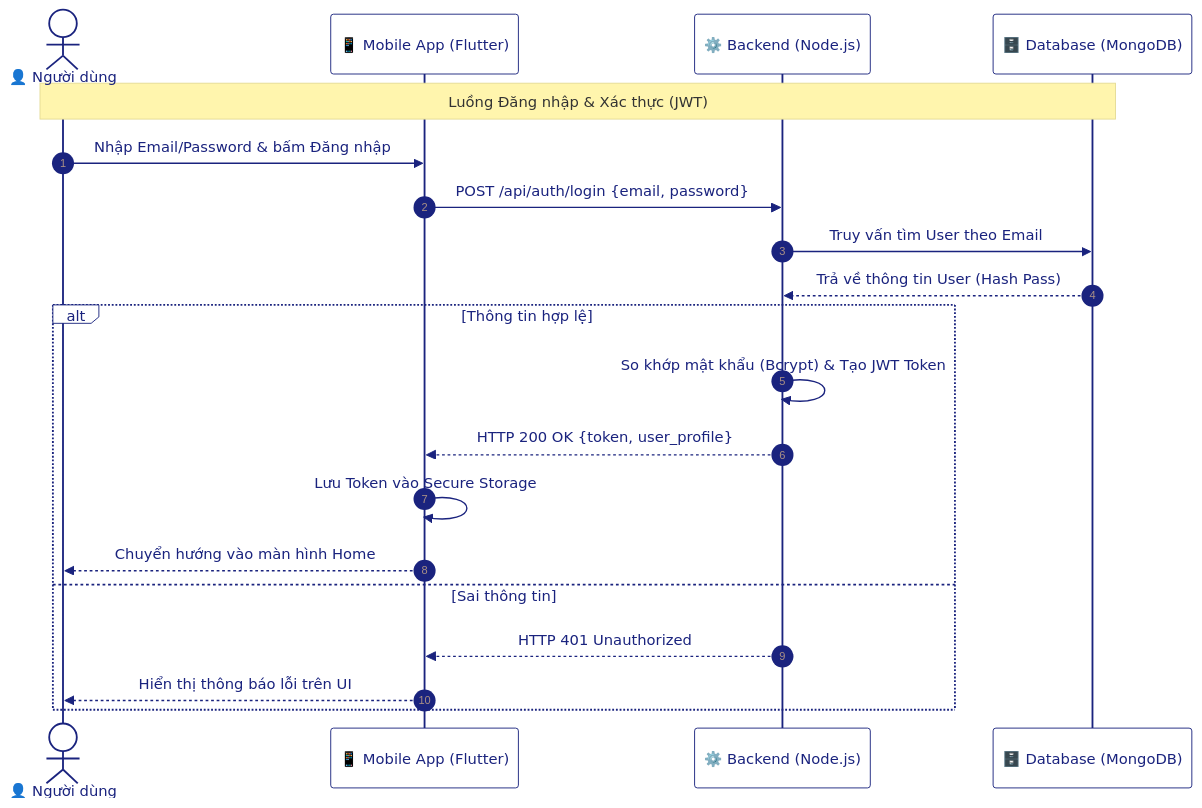
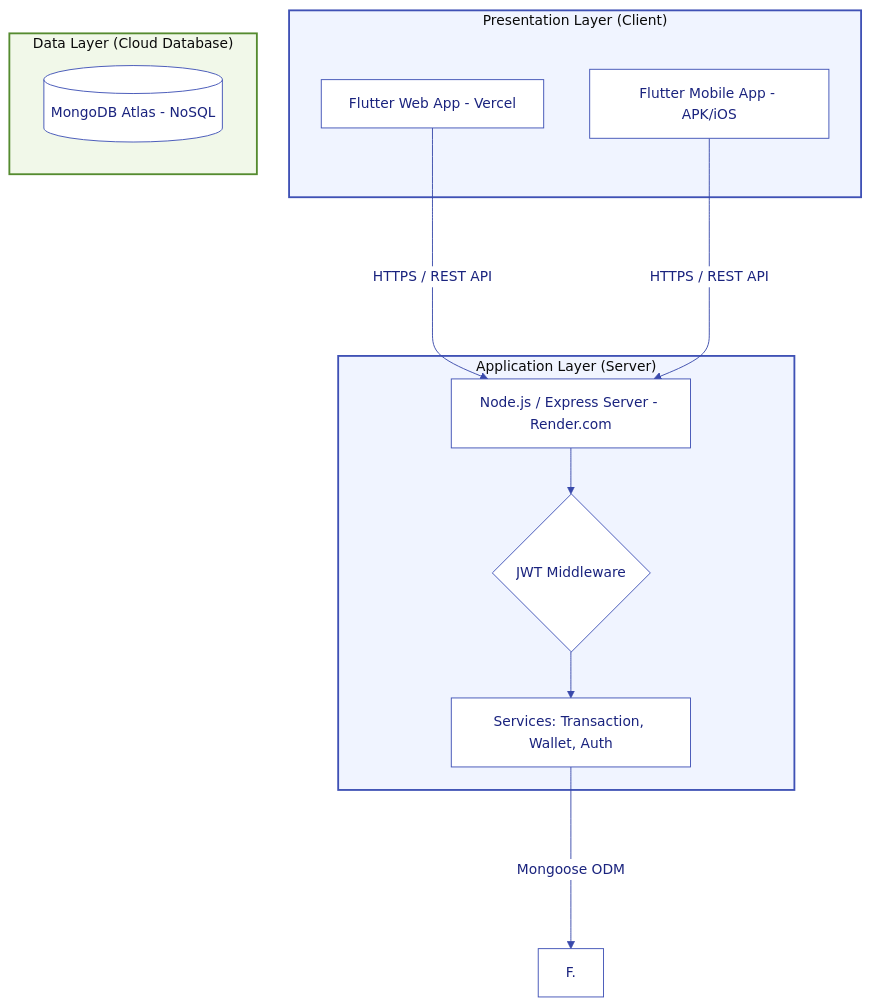
The diagram in docs/diagrams/shared/3_tier.md (Minh08012005/SmartSpender), drawn with Mermaid before and after one commit. The commit also changed other lines of this file, not shown here.

````diff
--- a/docs/diagrams/shared/3_tier.md
+++ b/docs/diagrams/shared/3_tier.md
@@ -3,40 +3,46 @@
 ```mermaid
 %%{init: {
     'theme': 'base',
     'themeVariables': {
-        'primaryColor': '#ffffff',
+        'primaryColor': '#e8eaf6',
         'primaryTextColor': '#1a237e',
-        'primaryBorderColor': '#1a237e',
-        'lineColor': '#546e7a',
-        'secondaryColor': '#f5f5f5',
-        'tertiaryColor': '#e3f2fd',
-        'fontSize': '14px',
-        'fontFamily': 'Arial'
+        'primaryBorderColor': '#3f51b5',
+        'lineColor': '#3949ab',
+        'secondaryColor': '#ffffff',
+        'tertiaryColor': '#f5f5f5',
+        'mainBkg': '#ffffff',
+        'nodeBorder': '#3f51b5',
+        'clusterBkg': '#fafafa',
+        'clusterBorder': '#7986cb',
+        'fontSize': '15px'
     }
 }}%%
 
-sequenceDiagram
-    autonumber
-    actor User as 👤 Người dùng
-    participant App as 📱 Mobile App (Flutter)
-    participant API as ⚙️ Backend (Node.js)
-    participant DB as 🗄️ Database (MongoDB)
+graph TD
+    subgraph Presentation_Layer ["Presentation Layer (Client)"]
+        A[Flutter Web App - Vercel]
+        B[Flutter Mobile App - APK/iOS]
+    end
 
-    Note over User, DB: Luồng Đăng nhập & Xác thực (JWT)
+    subgraph Application_Layer ["Application Layer (Server)"]
+        C[Node.js / Express Server - Render.com]
+        D{JWT Middleware}
+        E[Services: Transaction, Wallet, Auth]
+    end
 
-    User->>App: Nhập Email/Password & bấm Đăng nhập
-    App->>API: POST /api/auth/login {email, password}
+    subgraph Data_Layer ["Data Layer (Cloud Database)"]
+        F[(MongoDB Atlas - NoSQL)]
+    end
 
-    API->>DB: Truy vấn tìm User theo Email
-    DB-->>API: Trả về thông tin User (Hash Pass)
+    %% Kết nối luồng
+    A & B ---->|HTTPS / REST API| C
+    C --> D
+    D --> E
+    E ---->|Mongoose ODM| F.
 
-    alt Thông tin hợp lệ
-        API->>API: So khớp mật khẩu (Bcrypt) & Tạo JWT Token
-        API-->>App: HTTP 200 OK {token, user_profile}
-        App->>App: Lưu Token vào Secure Storage
-        App-->>User: Chuyển hướng vào màn hình Home
-    else Sai thông tin
-        API-->>App: HTTP 401 Unauthorized
-        App-->>User: Hiển thị thông báo lỗi trên UI
-    end
+    %% Định dạng màu sắc bổ sung cho trực quan
+    style Presentation_Layer fill:#f0f4ff,stroke:#3f51b5,stroke-width:2px
+    style Application_Layer fill:#f0f4ff,stroke:#3f51b5,stroke-width:2px
+    style Data_Layer fill:#f1f8e9,stroke:#558b2f,stroke-width:2px
+    style F fill:#ffffff,stroke:#
 ```
````
